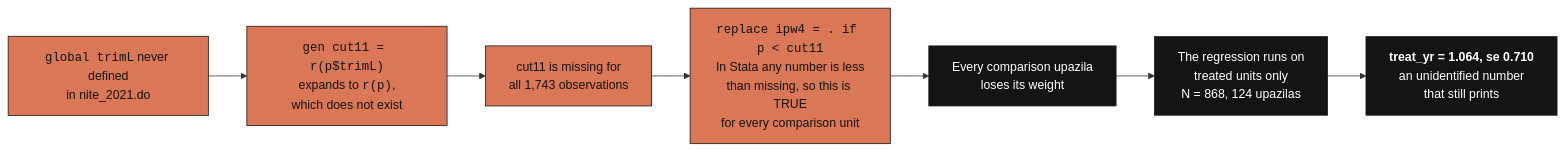
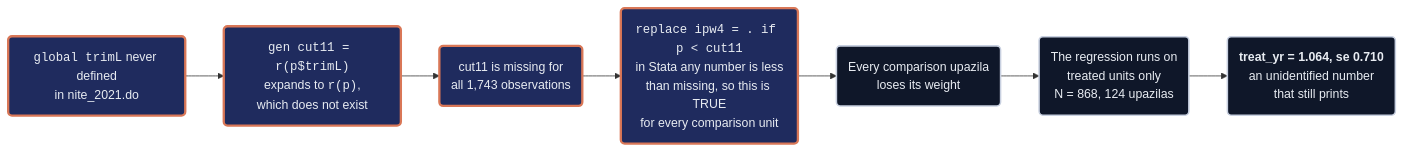
The fifth of 5 diagrams in content/post/python_bridge_impact/index.md (cmg777/starter-academic-v501), drawn with Mermaid before and after one commit. The commit also changed other lines of this file and 16 other files, not shown here.

First line of the commit message:
content(mermaid): restyle flowcharts in Python posts, batch 1 of 2

````diff
--- a/content/post/python_bridge_impact/index.md
+++ b/content/post/python_bridge_impact/index.md
@@ -1554,17 +1550,13 @@
 ```mermaid
 graph LR
-    A["<code>global trimL</code> never defined<br/>in nite_2021.do"] --> B["<code>gen cut11 = r(p$trimL)</code><br/>expands to <code>r(p)</code>,<br/>which does not exist"]
-    B --> C["cut11 is missing for<br/>all 1,743 observations"]
-    C --> D["<code>replace ipw4 = . if p &lt; cut11</code><br/>In Stata any number is less<br/>than missing, so this is TRUE<br/>for every comparison unit"]
-    D --> E["Every comparison upazila<br/>loses its weight"]
-    E --> F["The regression runs on<br/>treated units only<br/>N = 868, 124 upazilas"]
-    F --> G["<b>treat_yr = 1.064, se 0.710</b><br/>an unidentified number<br/>that still prints"]
-
-    style A fill:#d97757,stroke:#141413,color:#141413
-    style B fill:#d97757,stroke:#141413,color:#141413
-    style C fill:#d97757,stroke:#141413,color:#141413
-    style D fill:#d97757,stroke:#141413,color:#141413
-    style E fill:#141413,stroke:#141413,color:#fff
-    style F fill:#141413,stroke:#141413,color:#fff
-    style G fill:#141413,stroke:#141413,color:#fff
+    A("<code>global trimL</code> never defined<br/>in nite_2021.do") --> B("<code>gen cut11 = r(p$trimL)</code><br/>expands to <code>r(p)</code>,<br/>which does not exist")
+    B --> C("cut11 is missing for<br/>all 1,743 observations")
+    C --> D("<code>replace ipw4 = . if p &lt; cut11</code><br/>in Stata any number is less<br/>than missing, so this is TRUE<br/>for every comparison unit")
+    D --> E("Every comparison upazila<br/>loses its weight")
+    E --> F("The regression runs on<br/>treated units only<br/>N = 868, 124 upazilas")
+    F --> G("<b>treat_yr = 1.064, se 0.710</b><br/>an unidentified number<br/>that still prints")
+    classDef orange fill:#1f2b5e,stroke:#d97757,stroke-width:3px,color:#e8ecf2
+    classDef anchor fill:#0f1729,stroke:#c8d0e0,stroke-width:2px,color:#e8ecf2
+    class A,B,C,D orange
+    class E,F,G anchor
 ```
````
